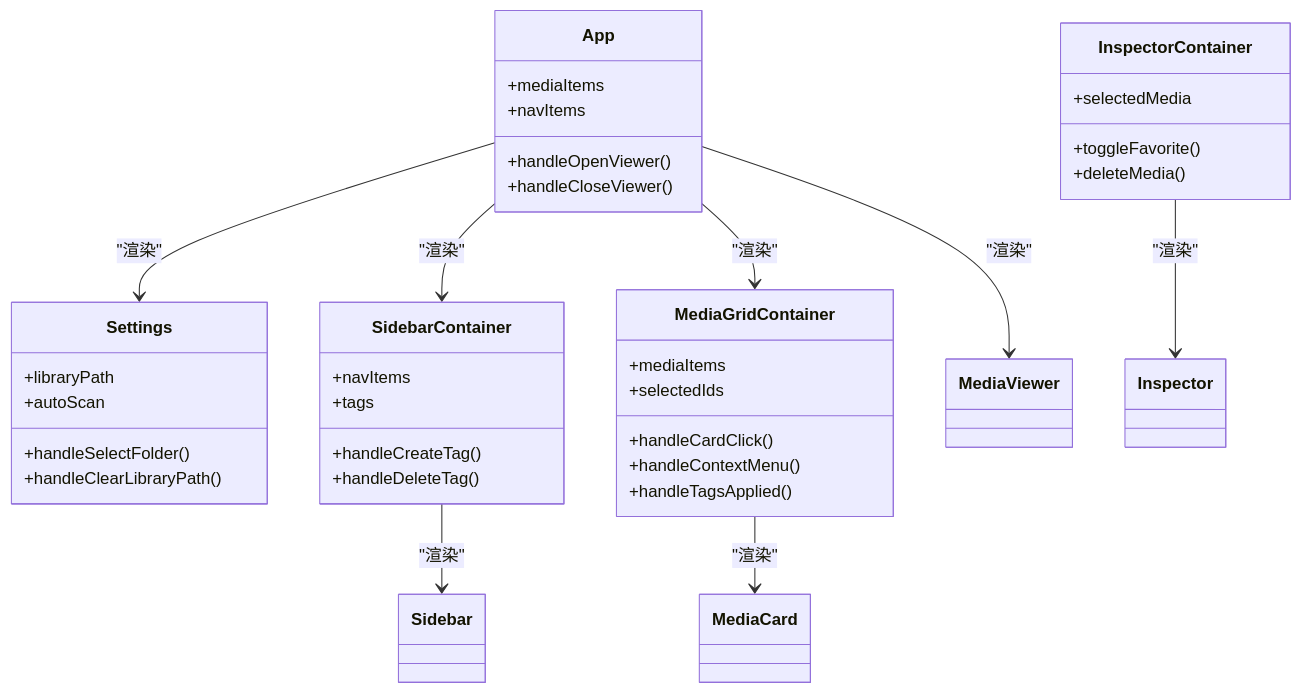
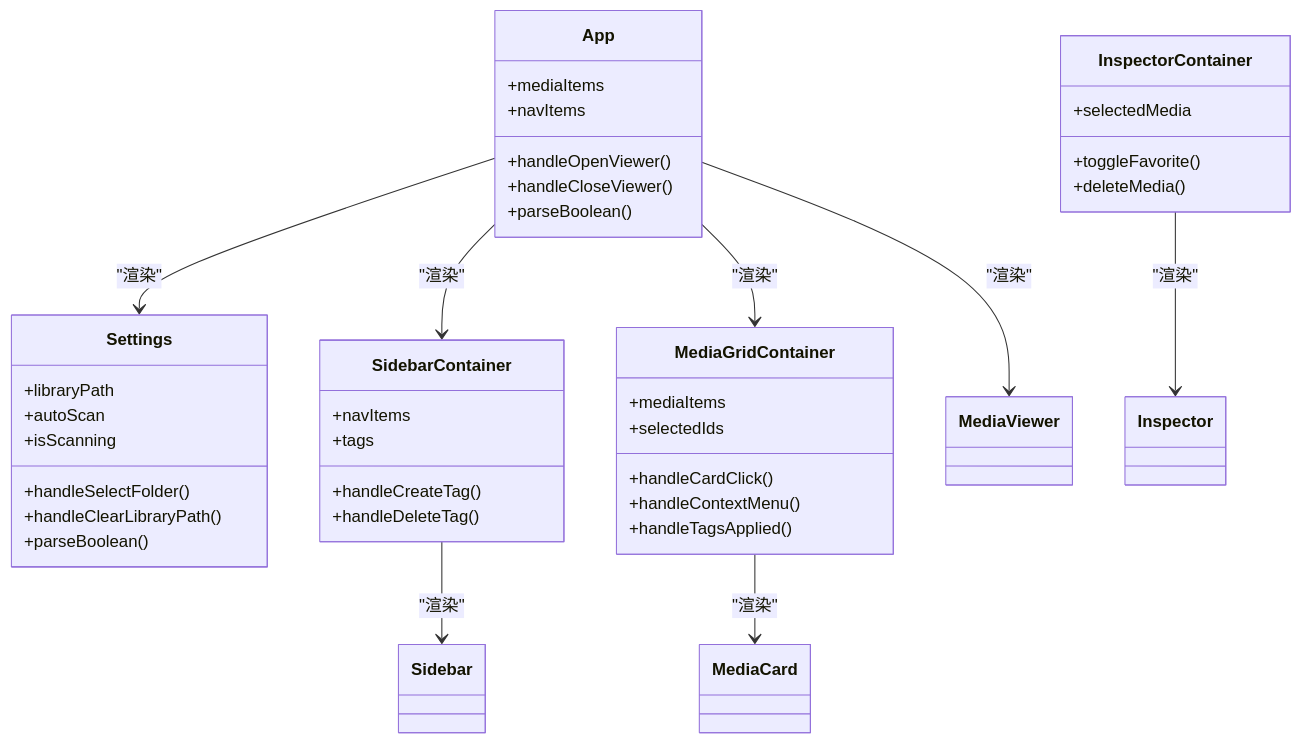
Before and after one commit to YLee9527/Medex: the third of 6 diagrams in repowiki/zh/content/前端开发/前端开发.md, drawn with Mermaid. The commit also changed other lines of this file and 13 other files, not shown here.

````diff
--- a/repowiki/zh/content/前端开发/前端开发.md
+++ b/repowiki/zh/content/前端开发/前端开发.md
@@ -193,44 +203,47 @@
 ```mermaid
 classDiagram
 class App {
 +mediaItems
 +navItems
 +handleOpenViewer()
 +handleCloseViewer()
++parseBoolean()
 }
 class Settings {
 +libraryPath
 +autoScan
++isScanning
 +handleSelectFolder()
 +handleClearLibraryPath()
++parseBoolean()
 }
 class SidebarContainer {
 +navItems
 +tags
 +handleCreateTag()
 +handleDeleteTag()
 }
 class MediaGridContainer {
 +mediaItems
 +selectedIds
 +handleCardClick()
 +handleContextMenu()
 +handleTagsApplied()
 }
 class InspectorContainer {
 +selectedMedia
 +toggleFavorite()
 +deleteMedia()
 }
 class Sidebar
 class MediaCard
 class Inspector
 class MediaViewer
 App --> Settings : "渲染"
 App --> SidebarContainer : "渲染"
 App --> MediaGridContainer : "渲染"
 App --> MediaViewer : "渲染"
 SidebarContainer --> Sidebar : "渲染"
 MediaGridContainer --> MediaCard : "渲染"
 InspectorContainer --> Inspector : "渲染"
 ```
````
